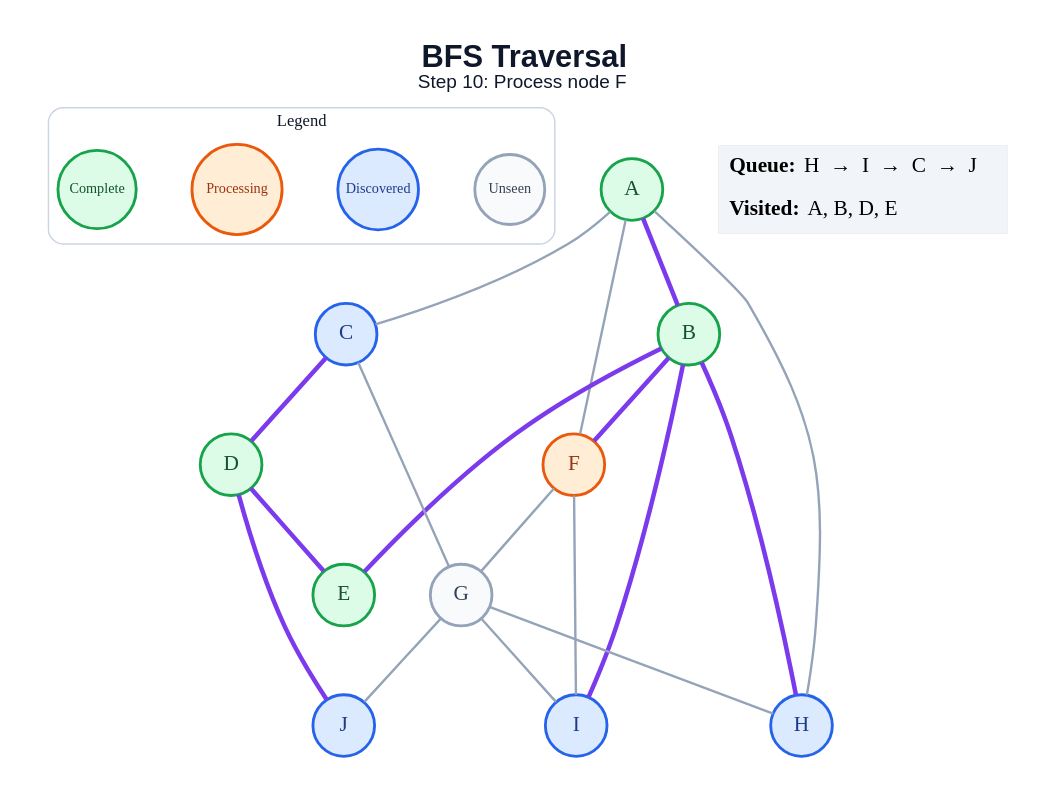
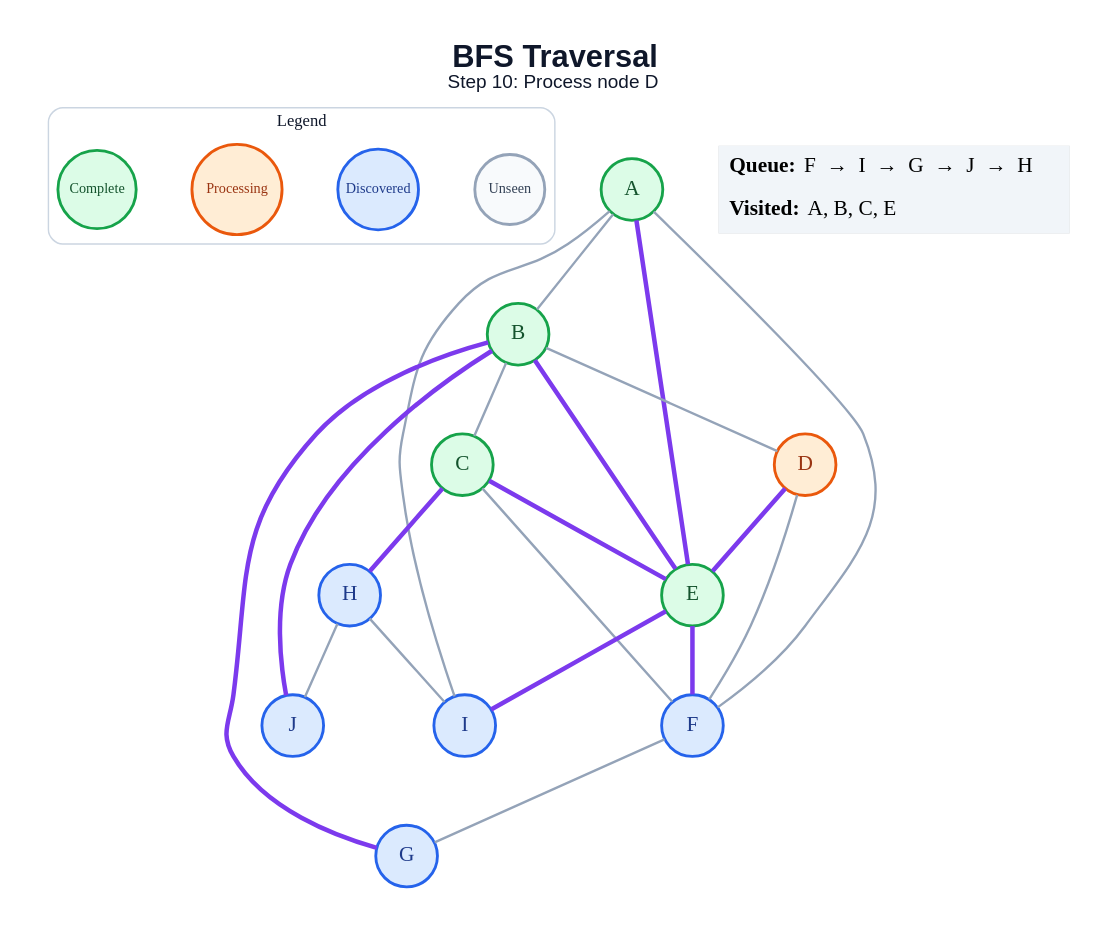
Before and after one commit to amanghodawala9/ai-slop: the diagram in generated/specific-node/bfs/step_10.dot, drawn with Graphviz. The commit also changed 178 other files, not shown here.

```diff
--- a/generated/specific-node/bfs/step_10.dot
+++ b/generated/specific-node/bfs/step_10.dot
@@ -1,46 +1,48 @@
 graph traversal {
   graph [layout=dot, rankdir=TB, bgcolor="#FFFFFF", pad="0.35", nodesep="0.65", ranksep="0.8", fontname="Arial"];
   node [shape=circle, style="filled", fontname="Arial Bold", fontsize=18, width=0.72, fixedsize=true, penwidth=2.4];
   edge [color="#94A3B8", penwidth=2.0];
-  label=<<B>BFS Traversal</B><BR/><FONT POINT-SIZE="16">Step 10: Process node F</FONT>>; labelloc="t"; fontsize=26; fontname="Arial"; fontcolor="#0F172A";
+  label=<<B>BFS Traversal</B><BR/><FONT POINT-SIZE="16">Step 10: Process node D</FONT>>; labelloc="t"; fontsize=26; fontname="Arial"; fontcolor="#0F172A";
   subgraph cluster_legend { label="Legend"; color="#CBD5E1"; penwidth=1.2; style="rounded"; fontsize=14; fontname="Arial Bold";
     key_unseen [label="Unseen", fillcolor="#F8FAFC", color="#94A3B8", fontcolor="#334155", fontsize=12, width=0.82];
     key_frontier [label="Discovered", fillcolor="#DBEAFE", color="#2563EB", fontcolor="#1E3A8A", fontsize=12, width=0.95];
     key_current [label="Processing", fillcolor="#FFEDD5", color="#EA580C", fontcolor="#9A3412", fontsize=12, width=1.05];
     key_done [label="Complete", fillcolor="#DCFCE7", color="#16A34A", fontcolor="#14532D", fontsize=12, width=0.92];
     { rank=same; key_unseen; key_frontier; key_current; key_done; }
   }
   A [fillcolor="#DCFCE7", color="#16A34A", fontcolor="#14532D"];
   B [fillcolor="#DCFCE7", color="#16A34A", fontcolor="#14532D"];
-  C [fillcolor="#DBEAFE", color="#2563EB", fontcolor="#1E3A8A"];
-  D [fillcolor="#DCFCE7", color="#16A34A", fontcolor="#14532D"];
+  C [fillcolor="#DCFCE7", color="#16A34A", fontcolor="#14532D"];
+  D [fillcolor="#FFEDD5", color="#EA580C", fontcolor="#9A3412"];
   E [fillcolor="#DCFCE7", color="#16A34A", fontcolor="#14532D"];
-  F [fillcolor="#FFEDD5", color="#EA580C", fontcolor="#9A3412"];
-  G [fillcolor="#F8FAFC", color="#94A3B8", fontcolor="#334155"];
+  F [fillcolor="#DBEAFE", color="#2563EB", fontcolor="#1E3A8A"];
+  G [fillcolor="#DBEAFE", color="#2563EB", fontcolor="#1E3A8A"];
   H [fillcolor="#DBEAFE", color="#2563EB", fontcolor="#1E3A8A"];
   I [fillcolor="#DBEAFE", color="#2563EB", fontcolor="#1E3A8A"];
   J [fillcolor="#DBEAFE", color="#2563EB", fontcolor="#1E3A8A"];
-  A -- B [color="#7C3AED", penwidth=3.8];
-  A -- C;
+  A -- B;
+  A -- E [color="#7C3AED", penwidth=3.8];
   A -- F;
-  A -- H;
+  A -- I;
+  B -- C;
+  B -- D;
   B -- E [color="#7C3AED", penwidth=3.8];
-  B -- F [color="#7C3AED", penwidth=3.8];
-  B -- H [color="#7C3AED", penwidth=3.8];
-  B -- I [color="#7C3AED", penwidth=3.8];
-  C -- D [color="#7C3AED", penwidth=3.8];
-  C -- G;
+  B -- G [color="#7C3AED", penwidth=3.8];
+  B -- J [color="#7C3AED", penwidth=3.8];
+  C -- E [color="#7C3AED", penwidth=3.8];
+  C -- F;
+  C -- H [color="#7C3AED", penwidth=3.8];
   D -- E [color="#7C3AED", penwidth=3.8];
-  D -- J [color="#7C3AED", penwidth=3.8];
+  D -- F;
+  E -- F [color="#7C3AED", penwidth=3.8];
+  E -- I [color="#7C3AED", penwidth=3.8];
   F -- G;
-  F -- I;
-  G -- H;
-  G -- I;
-  G -- J;
+  H -- I;
+  H -- J;
   status [shape=plain, fixedsize=false, width=0, height=0, margin=0, label=<
     <TABLE BORDER="0" CELLBORDER="0" CELLPADDING="7" BGCOLOR="#F1F5F9">
-      <TR><TD ALIGN="LEFT"><B>Queue:</B> H  →  I  →  C  →  J</TD></TR>
-      <TR><TD ALIGN="LEFT"><B>Visited:</B> A, B, D, E</TD></TR>
+      <TR><TD ALIGN="LEFT"><B>Queue:</B> F  →  I  →  G  →  J  →  H</TD></TR>
+      <TR><TD ALIGN="LEFT"><B>Visited:</B> A, B, C, E</TD></TR>
     </TABLE>
   >];
 }
```
